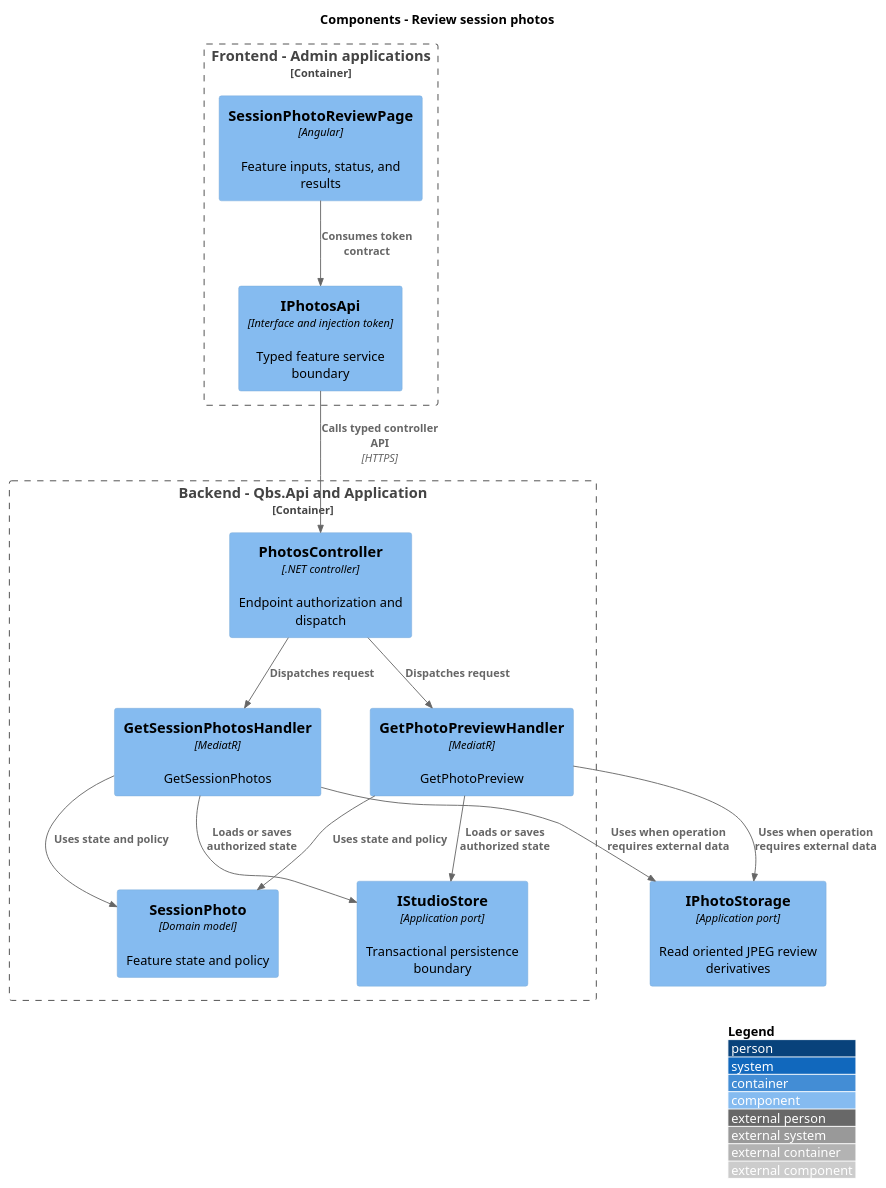
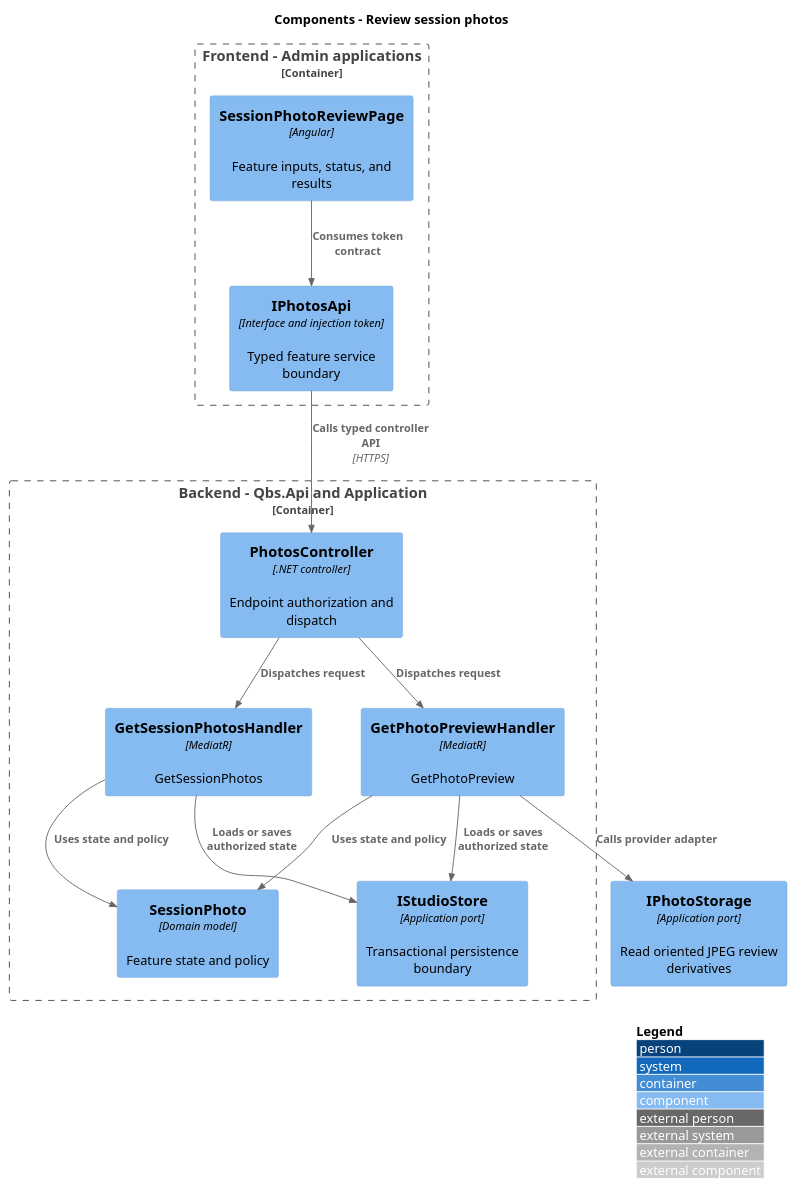
One commit to QuinntyneBrown/quinntyne-brown-studio changed the diagram in docs/detailed-designs/session-photos/review-session-photos/diagrams/c4-component.puml. Above: the diagram before and after it, drawn with PlantUML. The commit also changed 51 other files, not shown here.

```diff
--- a/docs/detailed-designs/session-photos/review-session-photos/diagrams/c4-component.puml
+++ b/docs/detailed-designs/session-photos/review-session-photos/diagrams/c4-component.puml
@@ -1,27 +1,26 @@
 @startuml
 !include <C4/C4_Component>
 LAYOUT_WITH_LEGEND()
 title Components - Review session photos
 Container_Boundary(frontend, "Frontend - Admin applications") {
  Component(page, "SessionPhotoReviewPage", "Angular", "Feature inputs, status, and results")
  Component(client, "IPhotosApi", "Interface and injection token", "Typed feature service boundary")
 }
 Container_Boundary(api, "Backend - Qbs.Api and Application") {
  Component(ctrl, "PhotosController", ".NET controller", "Endpoint authorization and dispatch")
  Component(handler0, "GetSessionPhotosHandler", "MediatR", "GetSessionPhotos")
  Component(handler1, "GetPhotoPreviewHandler", "MediatR", "GetPhotoPreview")
  Component(entity, "SessionPhoto", "Domain model", "Feature state and policy")
  Component(store, "IStudioStore", "Application port", "Transactional persistence boundary")
 }
 Rel(page, client, "Consumes token contract")
 Rel(client, ctrl, "Calls typed controller API", "HTTPS")
 Rel(ctrl, handler0, "Dispatches request")
 Rel(handler0, entity, "Uses state and policy")
 Rel(handler0, store, "Loads or saves authorized state")
 Rel(ctrl, handler1, "Dispatches request")
 Rel(handler1, entity, "Uses state and policy")
 Rel(handler1, store, "Loads or saves authorized state")
 Component(ext, "IPhotoStorage", "Application port", "Read oriented JPEG review derivatives")
-Rel(handler0, ext, "Uses when operation requires external data")
-Rel(handler1, ext, "Uses when operation requires external data")
+Rel(handler1, ext, "Calls provider adapter")
 @enduml
```
